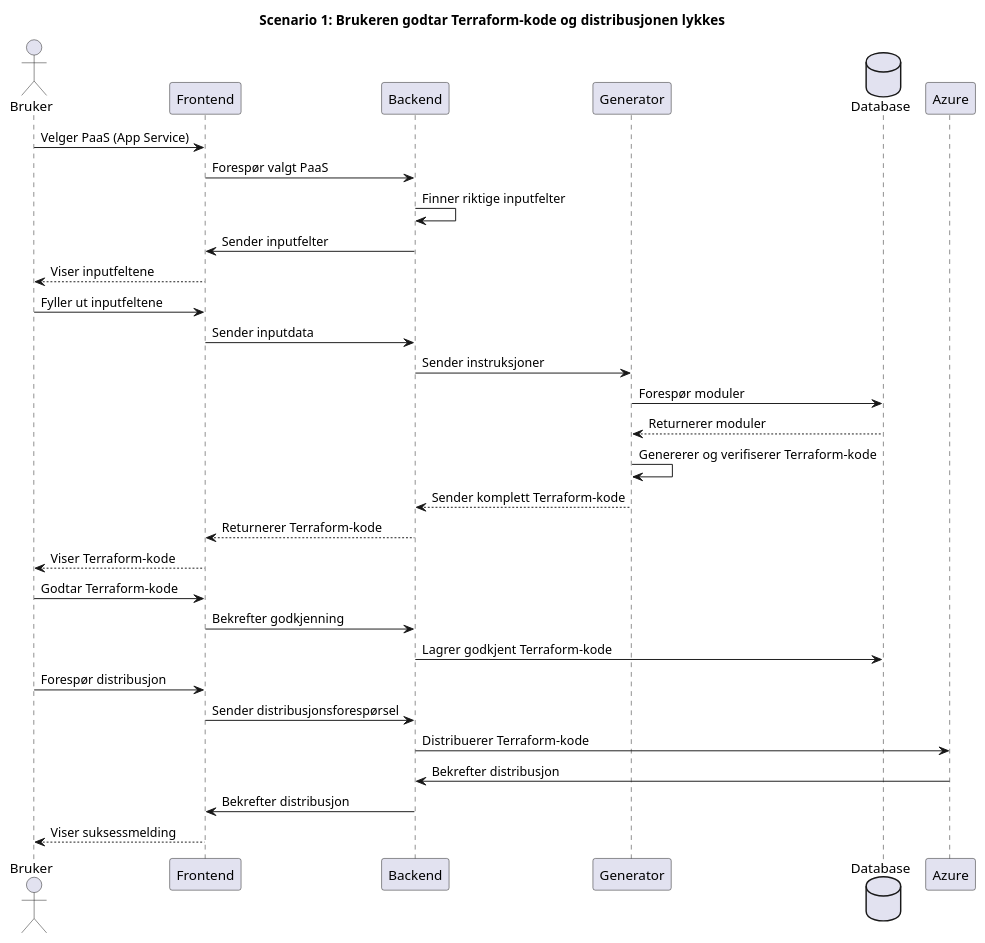
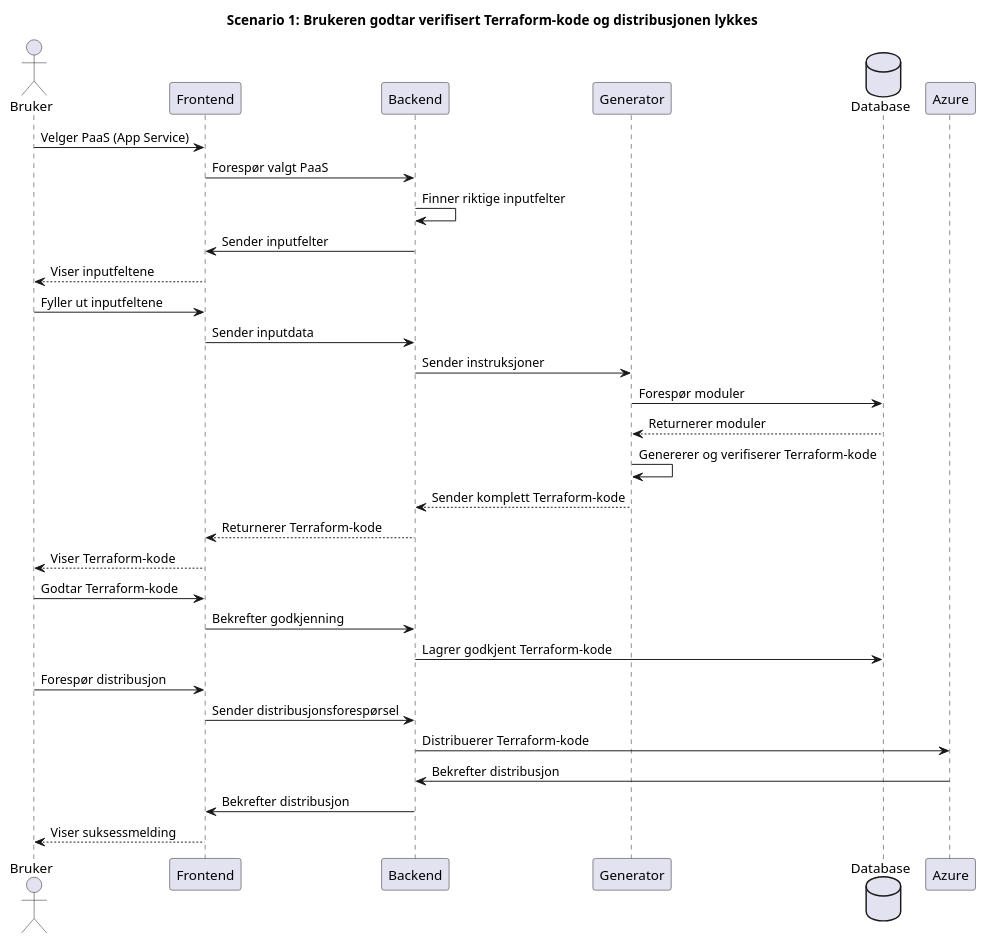
One commit to Bachelor-B25ITK12/Diagrammer changed the diagram in UML_Diagrammer/Applikasjonsfly-Manuell-v3/distribusjon_vellykket.puml. Above: the diagram before and after it, drawn with PlantUML. The commit also changed 7 other files, not shown here.

Commit message:
gjorde noen forbedringer av sekvensdiagrammen for LLM-, samt manuelle-genereringen.

```diff
--- a/UML_Diagrammer/Applikasjonsfly-Manuell-v3/distribusjon_vellykket.puml
+++ b/UML_Diagrammer/Applikasjonsfly-Manuell-v3/distribusjon_vellykket.puml
@@ -1,39 +1,39 @@
 @startuml
-title Scenario 1: Brukeren godtar Terraform-kode og distribusjonen lykkes
+title Scenario 1: Brukeren godtar verifisert Terraform-kode og distribusjonen lykkes
 
 actor Bruker as Bruker
 participant Frontend as Frontend
 participant Backend as Backend
 participant Generator as Generator
 database Database as Database
 participant Azure as Azure
 
 Bruker        ->      Frontend        :   Velger PaaS (App Service)
 Frontend      ->      Backend         :   Forespør valgt PaaS
 Backend       ->      Backend         :   Finner riktige inputfelter
 Backend       ->      Frontend        :   Sender inputfelter
 Frontend      -->     Bruker          :   Viser inputfeltene
 Bruker        ->      Frontend        :   Fyller ut inputfeltene
 Frontend      ->      Backend         :   Sender inputdata
 Backend       ->      Generator       :   Sender instruksjoner
 
 Generator     ->      Database        :   Forespør moduler
 Database      -->     Generator       :   Returnerer moduler
 Generator     ->      Generator       :   Genererer og verifiserer Terraform-kode
 Generator     -->     Backend         :   Sender komplett Terraform-kode
 
 Backend       -->     Frontend        :   Returnerer Terraform-kode
 Frontend      -->     Bruker          :   Viser Terraform-kode
 Bruker        ->      Frontend        :   Godtar Terraform-kode
 
 Frontend      ->      Backend         :   Bekrefter godkjenning
 Backend       ->      Database        :   Lagrer godkjent Terraform-kode
 Bruker        ->      Frontend        :   Forespør distribusjon
 Frontend      ->      Backend         :   Sender distribusjonsforespørsel
 Backend       ->      Azure           :   Distribuerer Terraform-kode
 
 Azure         ->      Backend         :   Bekrefter distribusjon
 Backend       ->      Frontend        :   Bekrefter distribusjon
 Frontend      -->     Bruker          :   Viser suksessmelding
 
 @enduml
```
